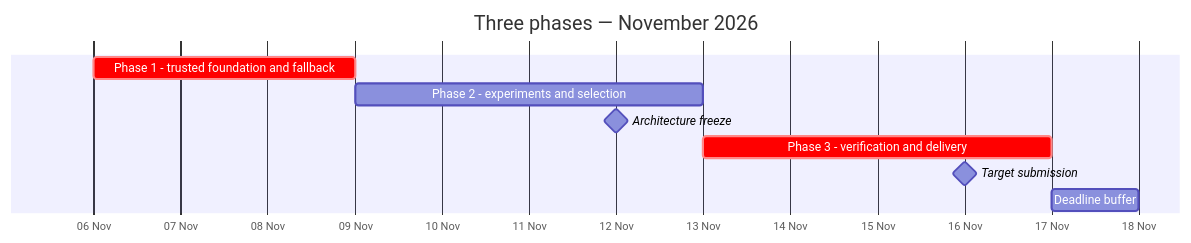
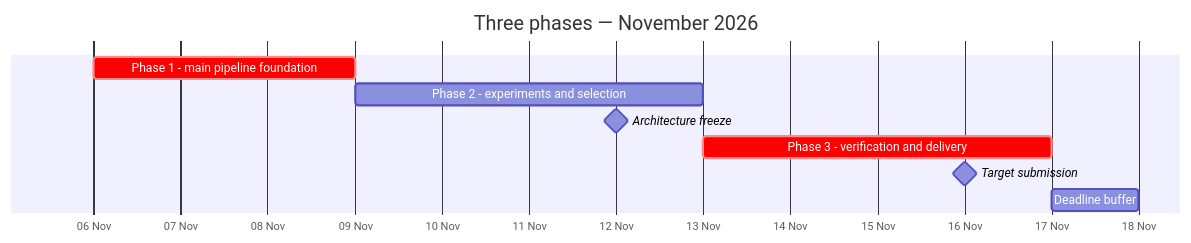
The diagram in ball.md (dhrooovvv/football), drawn with Mermaid before and after one commit. The commit also changed other lines of this file and 4 other files, not shown here.

Commit message:
research(protocol): main pipeline ingestion and user scope revision

````diff
--- a/ball.md
+++ b/ball.md
@@ -68,12 +68,12 @@
 ```mermaid
 gantt
     title Three phases — November 2026
     dateFormat YYYY-MM-DD
     axisFormat %d %b
-    Phase 1 - trusted foundation and fallback :crit, 2026-11-06, 3d
+    Phase 1 - main pipeline foundation :crit, 2026-11-06, 3d
     Phase 2 - experiments and selection :2026-11-09, 4d
     Architecture freeze :milestone, 2026-11-12, 0d
     Phase 3 - verification and delivery :crit, 2026-11-13, 4d
     Target submission :milestone, 2026-11-16, 0d
     Deadline buffer :2026-11-17, 1d
 ```
````
